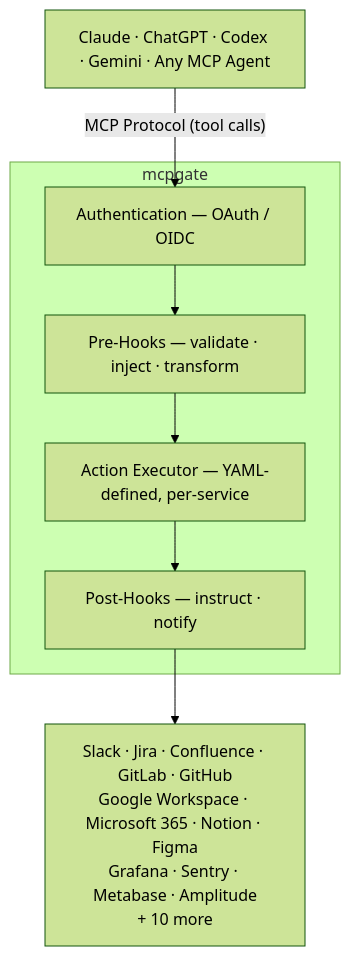
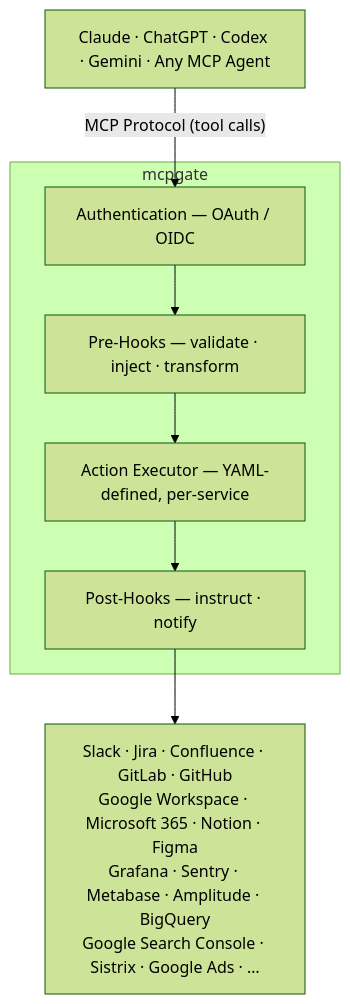
The diagram in README.md (Mcpgate-de/mcpgate), drawn with Mermaid (forest theme) before and after one commit. The commit also changed other lines of this file, not shown here.

First line of the commit message:
docs(readme): use-case-driven services + add Sistrix / Google Search Console + categorise

````diff
--- a/README.md
+++ b/README.md
@@ -74,19 +74,19 @@
 ```mermaid
 flowchart TB
     AI["Claude · ChatGPT · Codex · Gemini · Any MCP Agent"]
     
     AI -- "MCP Protocol (tool calls)" --> Auth
 
     subgraph GW["mcpgate"]
         Auth["Authentication — OAuth / OIDC"]
         Pre["Pre-Hooks — validate · inject · transform"]
         Exec["Action Executor — YAML-defined, per-service"]
         Post["Post-Hooks — instruct · notify"]
 
         Auth --> Pre --> Exec --> Post
     end
 
     Post --> Services
 
-    Services["Slack · Jira · Confluence · GitLab · GitHub\nGoogle Workspace · Microsoft 365 · Notion · Figma\nGrafana · Sentry · Metabase · Amplitude\n+ 10 more"]
+    Services["Slack · Jira · Confluence · GitLab · GitHub\nGoogle Workspace · Microsoft 365 · Notion · Figma\nGrafana · Sentry · Metabase · Amplitude · BigQuery\nGoogle Search Console · Sistrix · Google Ads · …"]
 ```
````
